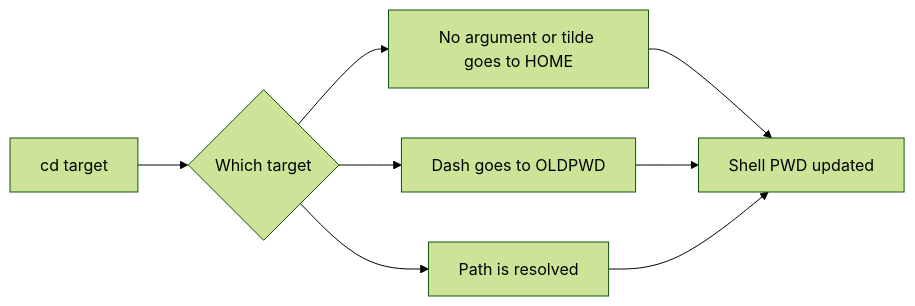
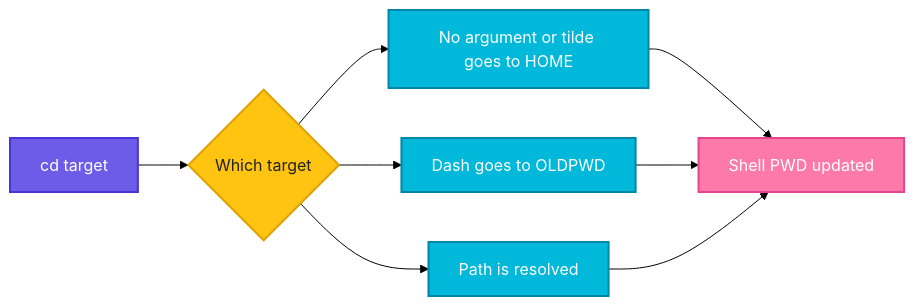
Before and after one commit to codeKerdosTech/DevOps-Documentation: the diagram in linux/file-management/cd.md, drawn with Mermaid (forest theme). The commit also changed 16 other files, not shown here.

````diff
--- a/linux/file-management/cd.md
+++ b/linux/file-management/cd.md
@@ -17,10 +17,21 @@
 ```mermaid
 flowchart LR
     A[cd target] --> B{Which target}
     B --> C[No argument or tilde goes to HOME]
     B --> D[Dash goes to OLDPWD]
     B --> E[Path is resolved]
     C --> F[Shell PWD updated]
     D --> F
     E --> F
+    classDef start fill:#6C5CE7,stroke:#4834D4,stroke-width:2px,color:#fff
+    classDef proc fill:#00B8D9,stroke:#0087A8,stroke-width:2px,color:#fff
+    classDef dec fill:#FFC312,stroke:#E1A100,stroke-width:2px,color:#222
+    classDef ok fill:#2ECC71,stroke:#1E8449,stroke-width:2px,color:#fff
+    classDef err fill:#FF4757,stroke:#C0392B,stroke-width:2px,color:#fff
+    classDef out fill:#FD79A8,stroke:#E84393,stroke-width:2px,color:#fff
+    classDef alt fill:#FF9F43,stroke:#E67E22,stroke-width:2px,color:#fff
+    class A start
+    class B dec
+    class C,D,E proc
+    class F out
 ```
````
